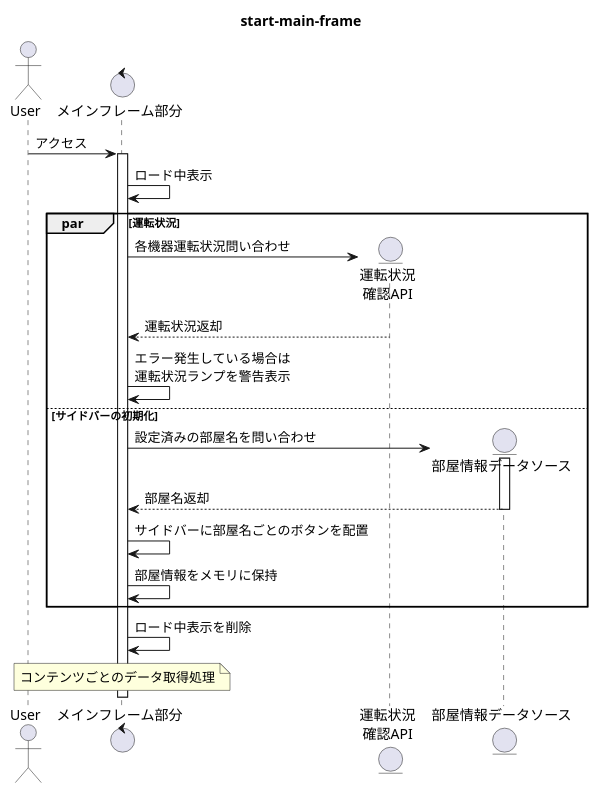
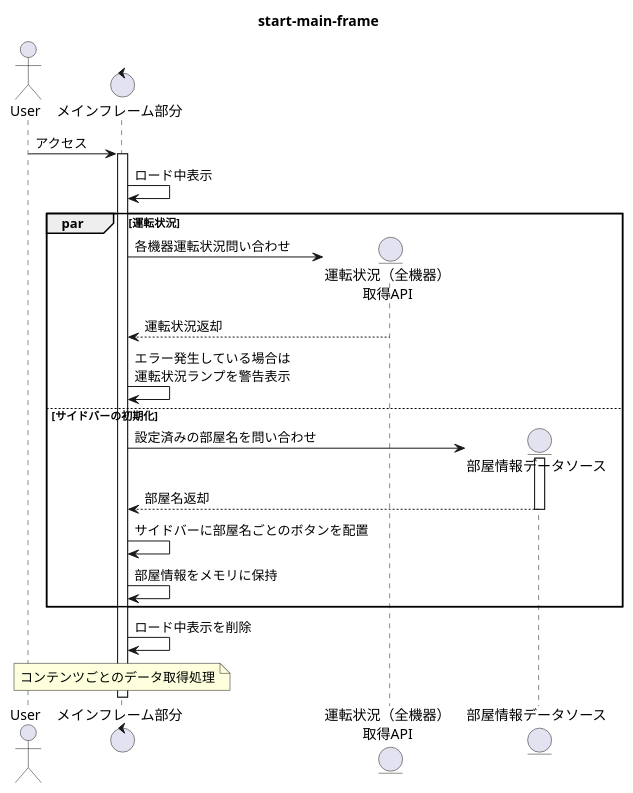
One commit to dede-20191130/room-apparatus-control-console changed the diagram in docs/logic/sequence/start-main-frame.pu. Above: the diagram before and after it, drawn with PlantUML. The commit also changed 10 other files, not shown here.

```diff
--- a/docs/logic/sequence/start-main-frame.pu
+++ b/docs/logic/sequence/start-main-frame.pu
@@ -1,27 +1,27 @@
 @startuml start-main-frame
 title start-main-frame
 actor User
 control メインフレーム部分 as fm
 
 User -> fm:アクセス
 activate fm
 fm -> fm:ロード中表示
 
 par 運転状況
-    create entity "運転状況\n確認API" as cond
+    create entity "運転状況（全機器）\n取得API" as cond
     fm -> cond:各機器運転状況問い合わせ
     cond --> fm:運転状況返却
     fm -> fm:エラー発生している場合は\n運転状況ランプを警告表示
     else サイドバーの初期化
     create entity "部屋情報データソース" as rmSrc
     fm -> rmSrc:設定済みの部屋名を問い合わせ
     activate rmSrc
     rmSrc --> fm:部屋名返却
     deactivate rmSrc
     fm -> fm:サイドバーに部屋名ごとのボタンを配置
     fm -> fm:部屋情報をメモリに保持
 end
 fm -> fm:ロード中表示を削除
 note over fm: コンテンツごとのデータ取得処理
 
 @enduml
```
